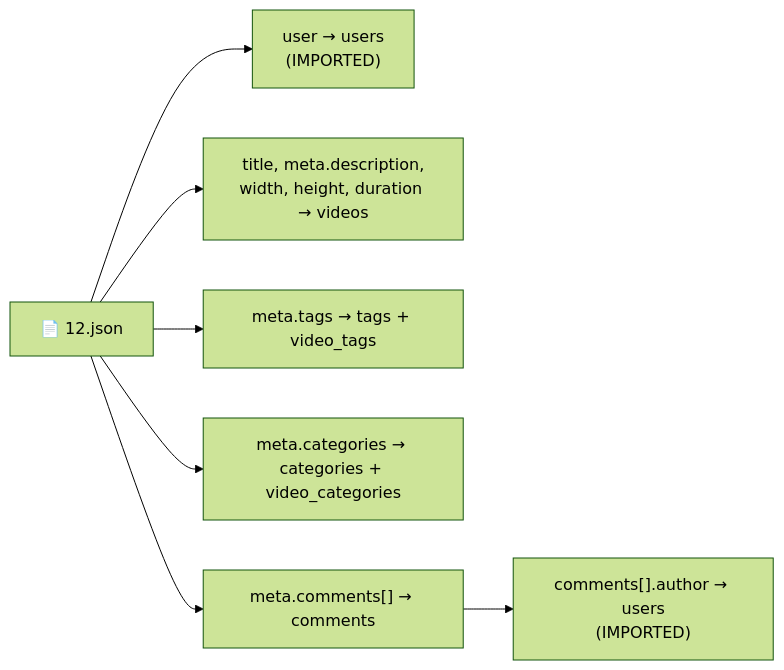
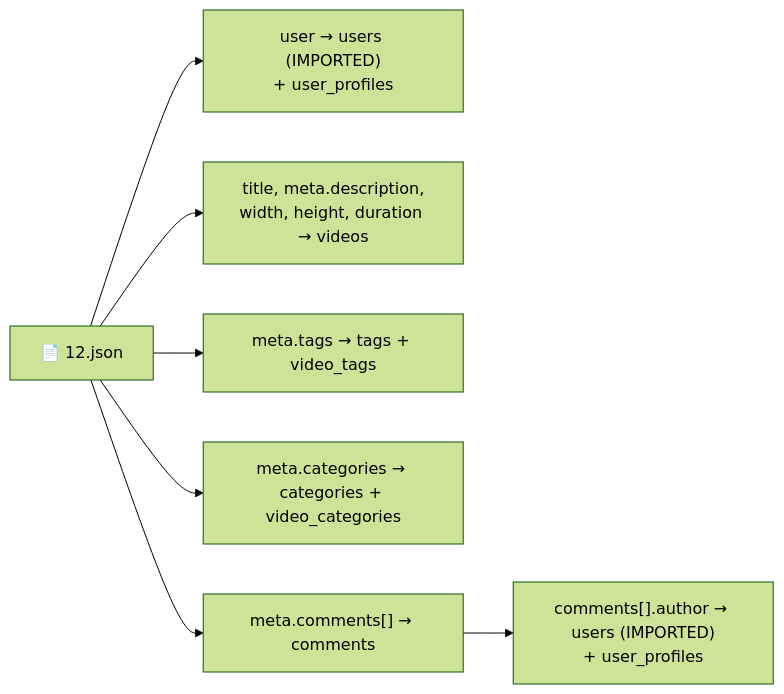
The ninth of 11 diagrams in docs/DATABASE.md (Criiiss/protube_labG2), drawn with Mermaid (forest theme) before and after one commit. The commit also changed other lines of this file and 1 other file, not shown here.

````diff
--- a/docs/DATABASE.md
+++ b/docs/DATABASE.md
@@ -421,9 +475,9 @@
 ```mermaid
 flowchart LR
-    J["📄 12.json"] --> U1["user → users<br/>(IMPORTED)"]
+    J["📄 12.json"] --> U1["user → users (IMPORTED)<br/>+ user_profiles"]
     J --> V["title, meta.description,<br/>width, height, duration → videos"]
     J --> T["meta.tags → tags + video_tags"]
     J --> C["meta.categories → categories + video_categories"]
     J --> CM["meta.comments[] → comments"]
-    CM --> U2["comments[].author → users<br/>(IMPORTED)"]
+    CM --> U2["comments[].author → users (IMPORTED)<br/>+ user_profiles"]
 ```
````
